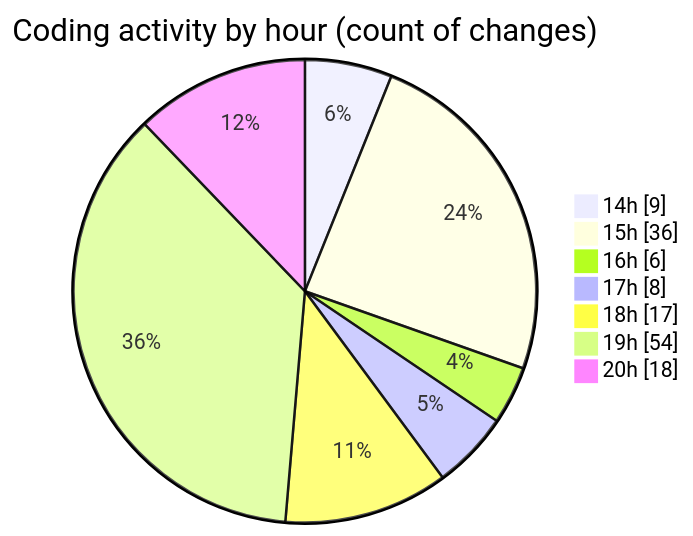
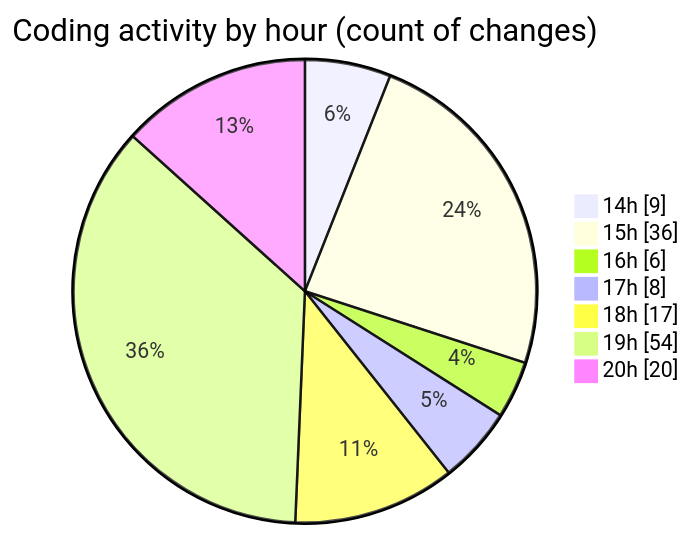
One commit to Ritupan-Deka/code-tracking changed the second of 2 diagrams in 2025-06-17/projects/README.md. Above: the diagram before and after it, drawn with Mermaid. The commit also changed other lines of this file and 1 other file, not shown here.

````diff
--- a/2025-06-17/projects/README.md
+++ b/2025-06-17/projects/README.md
@@ -29,11 +29,11 @@
 ```mermaid
 pie showData
 title Coding activity by hour (count of changes)
 "14h" : 9
 "15h" : 36
 "16h" : 6
 "17h" : 8
 "18h" : 17
 "19h" : 54
-"20h" : 18
+"20h" : 20
 ```
````
